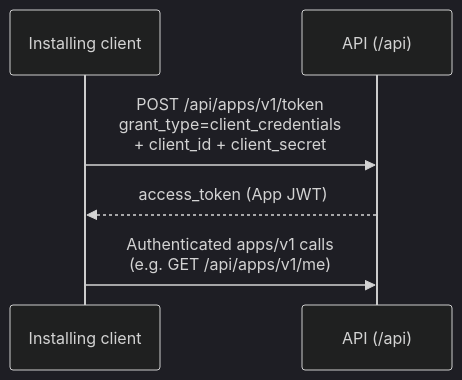
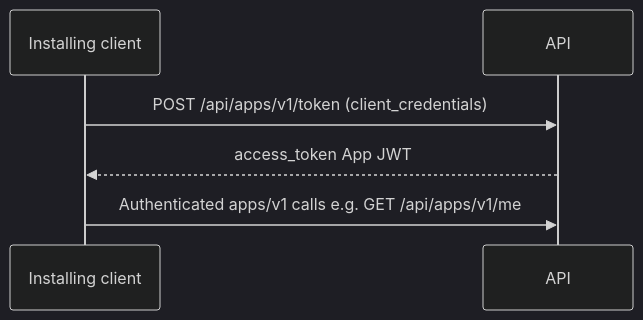
One commit to bayesimpact/bayes-platform changed the second of 2 diagrams in docs/app-install.md. Above: the diagram before and after it, drawn with Mermaid (dark theme). The commit also changed other lines of this file, not shown here.

First line of the commit message:
docs: make app-install Mermaid diagrams GitHub-safe

````diff
--- a/docs/app-install.md
+++ b/docs/app-install.md
@@ -60,9 +60,9 @@
 ```mermaid
 sequenceDiagram
   participant Client as Installing client
-  participant API as API (/api)
+  participant API as API
 
-  Client->>API: POST /api/apps/v1/token<br/>grant_type=client_credentials<br/>+ client_id + client_secret
-  API-->>Client: access_token (App JWT)
-  Client->>API: Authenticated apps/v1 calls<br/>(e.g. GET /api/apps/v1/me)
+  Client->>API: POST /api/apps/v1/token (client_credentials)
+  API-->>Client: access_token App JWT
+  Client->>API: Authenticated apps/v1 calls e.g. GET /api/apps/v1/me
 ```
````
